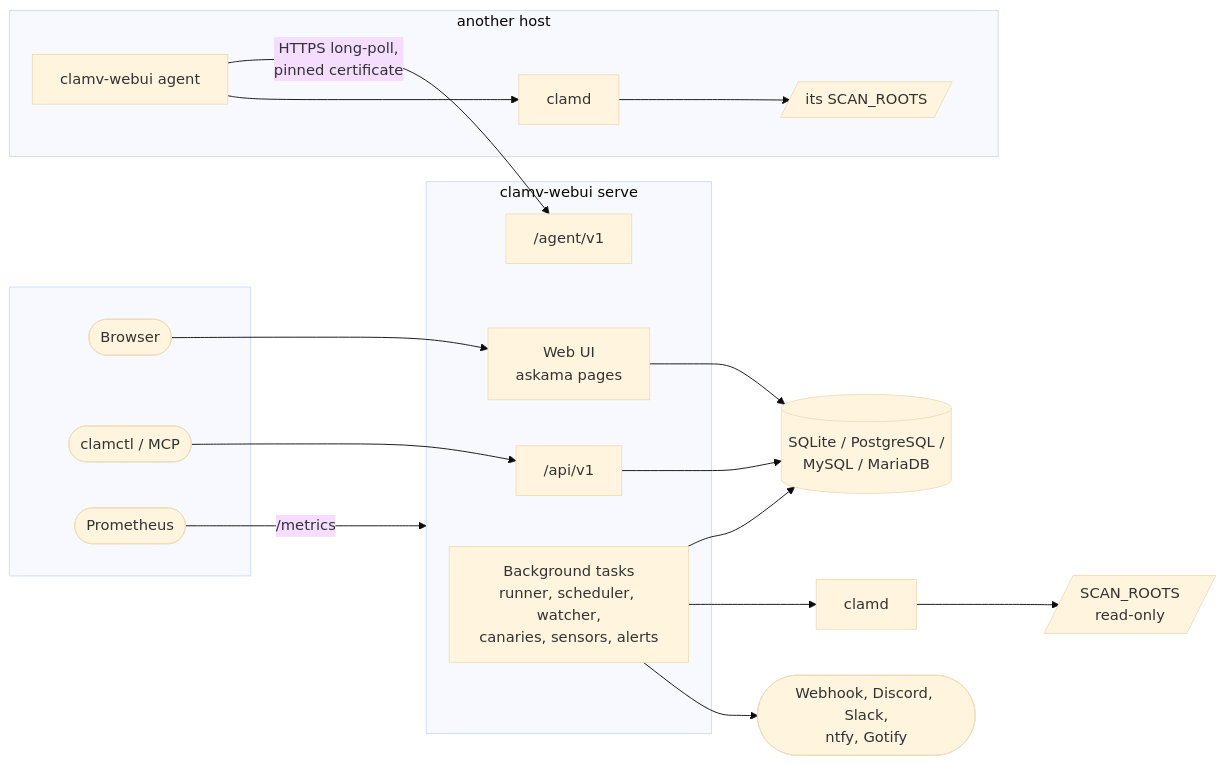
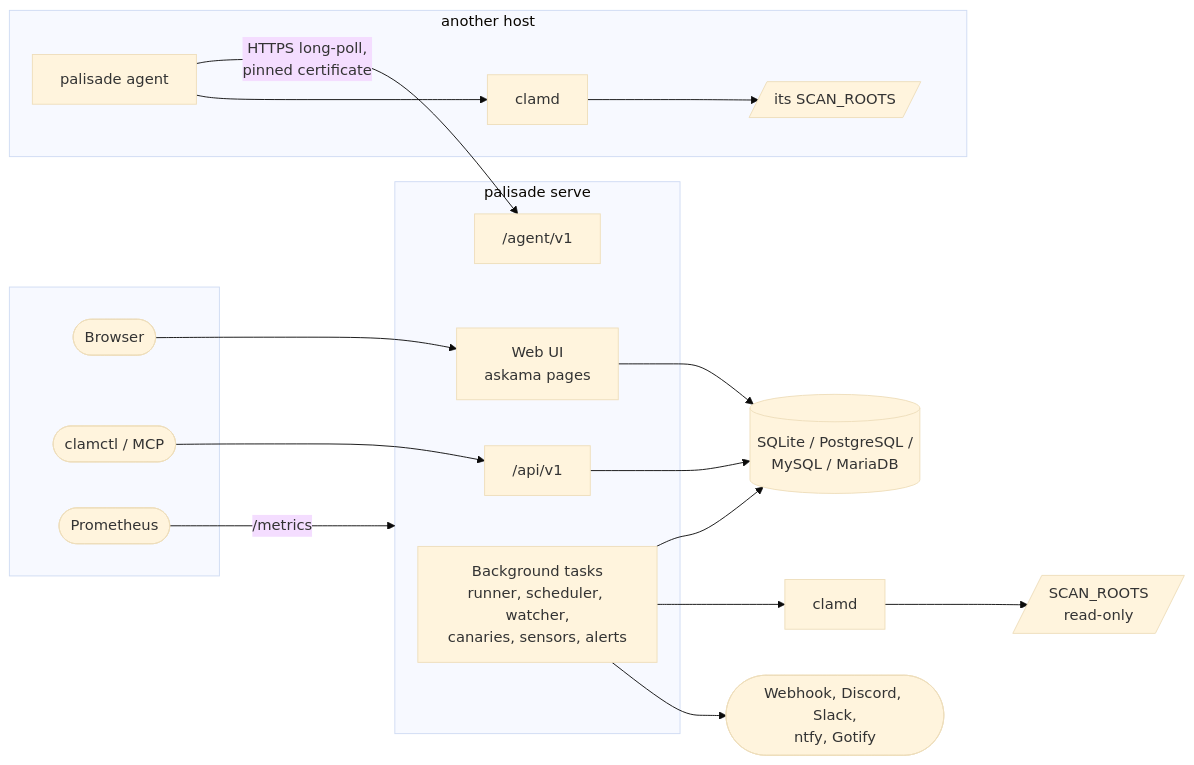
Before and after one commit to keyxmakerx/clamv-webui: the diagram in docs/ARCHITECTURE.md, drawn with Mermaid (base theme). The commit also changed other lines of this file and 137 other files, not shown here.

````diff
--- a/docs/ARCHITECTURE.md
+++ b/docs/ARCHITECTURE.md
@@ -9,31 +9,31 @@
 ```mermaid
 flowchart LR
   subgraph clients[" "]
     browser([Browser])
     clamctl([clamctl / MCP])
     prom([Prometheus])
   end
-  subgraph server["clamv-webui serve"]
+  subgraph server["palisade serve"]
     web[Web UI<br/>askama pages]
     api["/api/v1"]
     agentapi["/agent/v1"]
     tasks[Background tasks<br/>runner, scheduler, watcher,<br/>canaries, sensors, alerts]
   end
   db[(SQLite / PostgreSQL /<br/>MySQL / MariaDB)]
   clamd1[clamd]
   roots1[/SCAN_ROOTS<br/>read-only/]
   hooks([Webhook, Discord, Slack,<br/>ntfy, Gotify])
   subgraph host2["another host"]
-    agent["clamv-webui agent"]
+    agent["palisade agent"]
     clamd2[clamd]
     roots2[/its SCAN_ROOTS/]
   end
   browser --> web
   clamctl --> api
   prom -->|/metrics| server
   web & api & tasks --> db
   tasks --> clamd1 --> roots1
   tasks --> hooks
   agent -->|HTTPS long-poll,<br/>pinned certificate| agentapi
   agent --> clamd2 --> roots2
 ```
````
